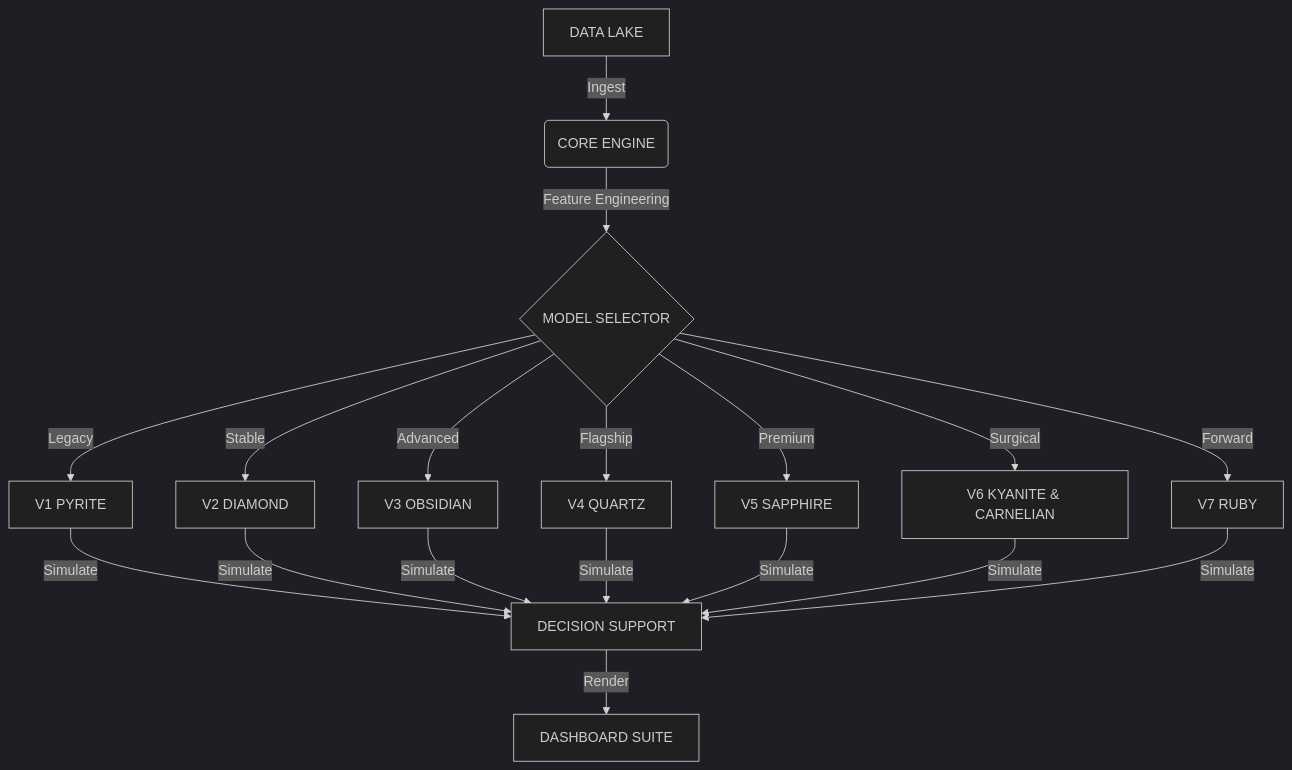
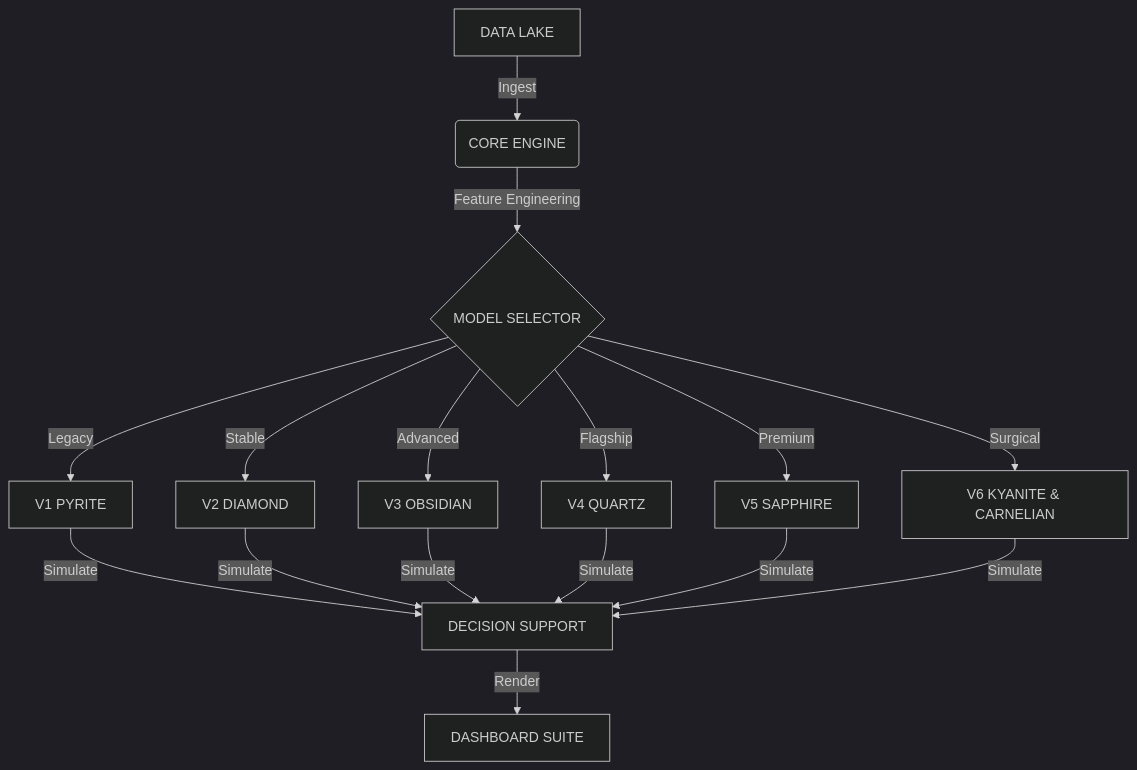
Before and after one commit to DSargent21/Quarry-Intelligence: the diagram in README.md, drawn with Mermaid (dark theme). The commit also changed other lines of this file and 4 other files, not shown here.

````diff
--- a/README.md
+++ b/README.md
@@ -101,14 +90,13 @@
 ```mermaid
 graph TD
     A[DATA LAKE] -->|Ingest| B(CORE ENGINE)
     B -->|Feature Engineering| C{MODEL SELECTOR}
     C -->|Legacy| D[V1 PYRITE]
     C -->|Stable| E[V2 DIAMOND]
     C -->|Advanced| F[V3 OBSIDIAN]
     C -->|Flagship| G[V4 QUARTZ]
     C -->|Premium| J[V5 SAPPHIRE]
     C -->|Surgical| K[V6 KYANITE & CARNELIAN]
-    C -->|Forward| L[V7 RUBY]
-    D & E & F & G & J & K & L -->|Simulate| H[DECISION SUPPORT]
+    D & E & F & G & J & K -->|Simulate| H[DECISION SUPPORT]
     H -->|Render| I[DASHBOARD SUITE]
 ```
````
